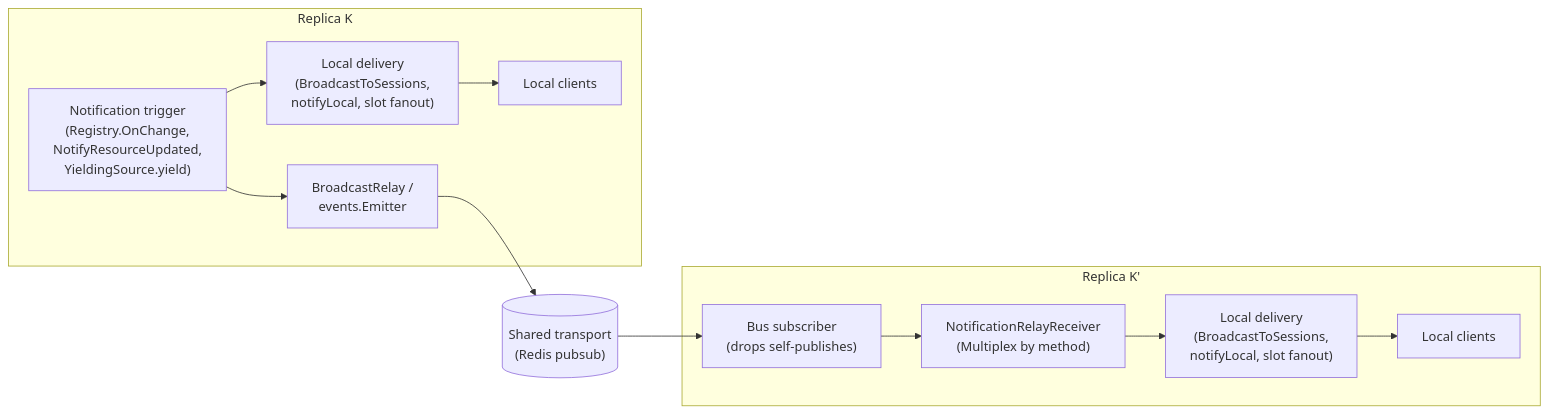
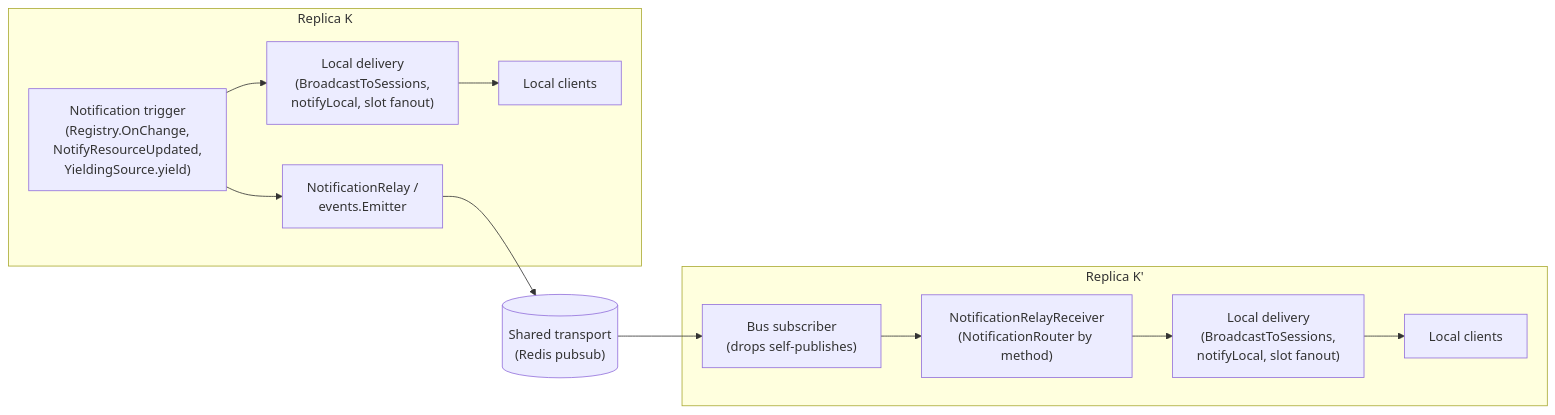
One commit to panyam/mcpkit changed the first of 22 diagrams in docs/MULTI_REPLICA.md. Above: the diagram before and after it, drawn with Mermaid. The commit also changed other lines of this file and 15 other files, not shown here.

First line of the commit message:
relay: rename BroadcastRelay → NotificationRelay + family (issue 770 PR A)

````diff
--- a/docs/MULTI_REPLICA.md
+++ b/docs/MULTI_REPLICA.md
@@ -33,20 +33,20 @@
 ```mermaid
 flowchart LR
     subgraph Replica K
         K_Trigger["Notification trigger<br/>(Registry.OnChange,<br/>NotifyResourceUpdated,<br/>YieldingSource.yield)"]
         K_Local["Local delivery<br/>(BroadcastToSessions,<br/>notifyLocal, slot fanout)"]
-        K_Publish["BroadcastRelay /<br/>events.Emitter"]
+        K_Publish["NotificationRelay /<br/>events.Emitter"]
         K_Clients["Local clients"]
     end
     subgraph Replica K'
         Kp_Receive["Bus subscriber<br/>(drops self-publishes)"]
-        Kp_Receiver["NotificationRelayReceiver<br/>(Multiplex by method)"]
+        Kp_Receiver["NotificationRelayReceiver<br/>(NotificationRouter by method)"]
         Kp_Local["Local delivery<br/>(BroadcastToSessions,<br/>notifyLocal, slot fanout)"]
         Kp_Clients["Local clients"]
     end
     Transport[("Shared transport<br/>(Redis pubsub)")]
 
     K_Trigger --> K_Local --> K_Clients
     K_Trigger --> K_Publish --> Transport
     Transport --> Kp_Receive --> Kp_Receiver --> Kp_Local --> Kp_Clients
 ```
````
